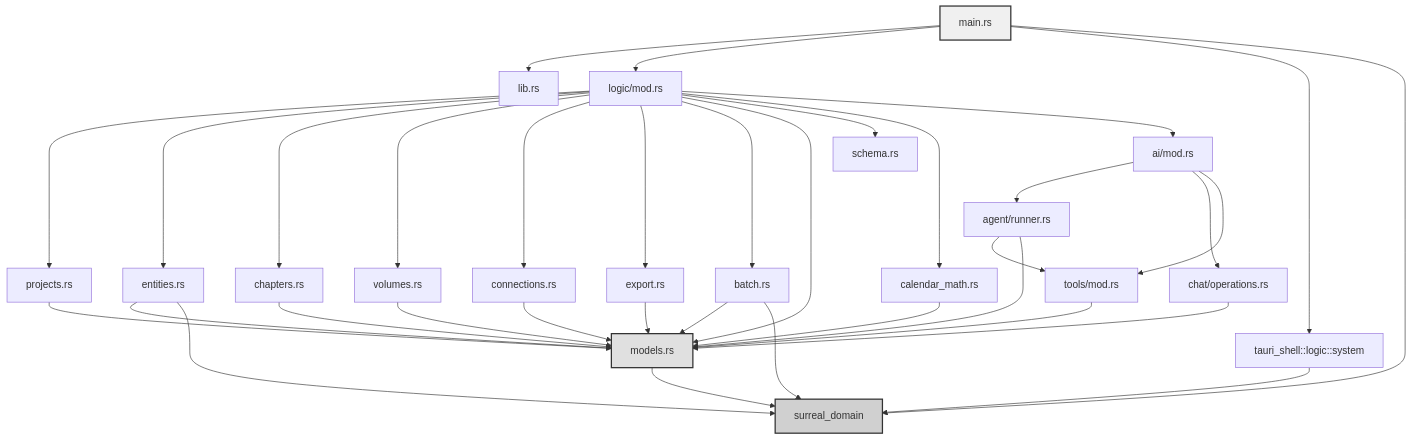
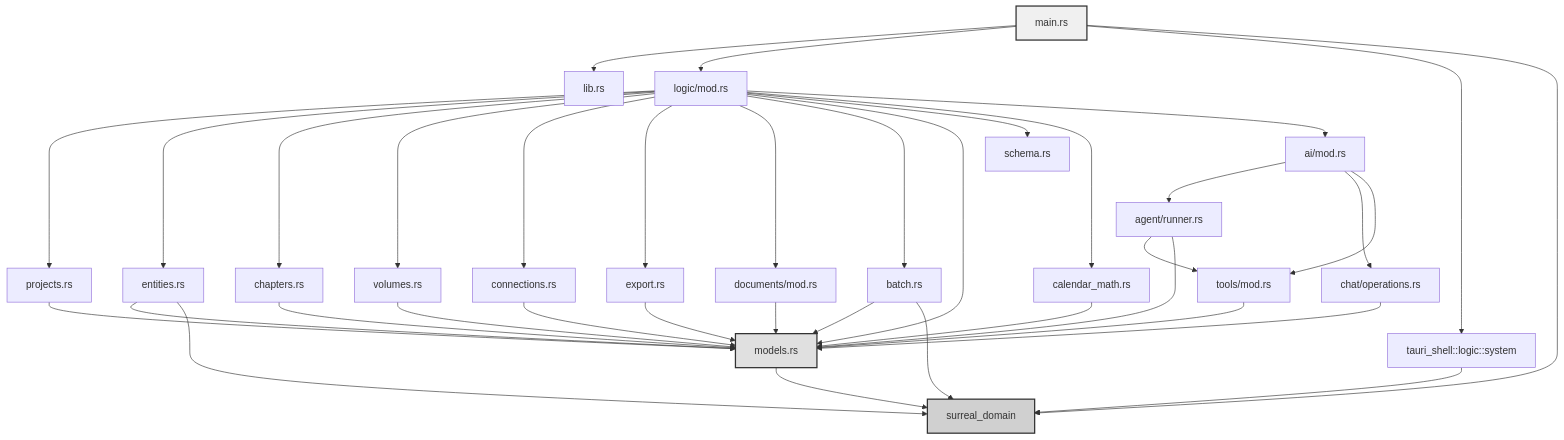
Before and after one commit to nagisokyn-prog/WorldWiki: the first of 17 diagrams in src-tauri/src/README_src.md, drawn with Mermaid. The commit also changed other lines of this file and 6 other files, not shown here.

````diff
--- a/src-tauri/src/README_src.md
+++ b/src-tauri/src/README_src.md
@@ -492,46 +518,48 @@
 ```mermaid
 flowchart TD
     main[main.rs] --> lib[lib.rs]
     main --> logic_mod[logic/mod.rs]
     main --> tauri_shell[tauri_shell::logic::system]
     main --> surreal_domain[surreal_domain]
     
     logic_mod --> projects[projects.rs]
     logic_mod --> entities[entities.rs]
     logic_mod --> chapters[chapters.rs]
     logic_mod --> volumes[volumes.rs]
     logic_mod --> connections[connections.rs]
     logic_mod --> export[export.rs]
+    logic_mod --> documents[documents/mod.rs]
     logic_mod --> batch[batch.rs]
     logic_mod --> models[models.rs]
     logic_mod --> schema[schema.rs]
     logic_mod --> calendar[calendar_math.rs]
     logic_mod --> ai[ai/mod.rs]
     
     ai --> ai_agent[agent/runner.rs]
     ai --> ai_chat[chat/operations.rs]
     ai --> ai_tools[tools/mod.rs]
     ai_agent --> ai_tools
     ai_agent --> models
     ai_chat --> models
     ai_tools --> models
     
     projects --> models
     entities --> models
     chapters --> models
     volumes --> models
     connections --> models
     export --> models
+    documents --> models
     batch --> models
     calendar --> models
     
     models --> surreal_domain
     entities --> surreal_domain
     batch --> surreal_domain
     
     tauri_shell --> surreal_domain
     
     style main fill:#f0f0f0,stroke:#333,stroke-width:2px
     style models fill:#e0e0e0,stroke:#333,stroke-width:2px
     style surreal_domain fill:#d0d0d0,stroke:#333,stroke-width:2px
 ```
````
